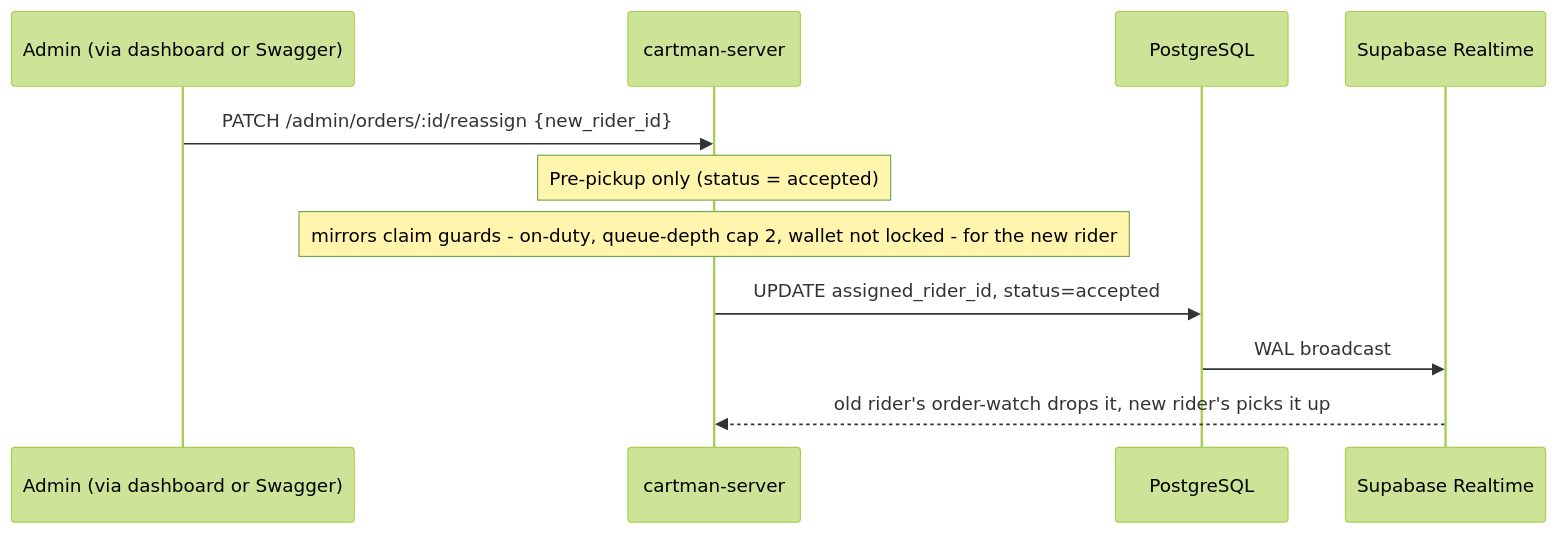
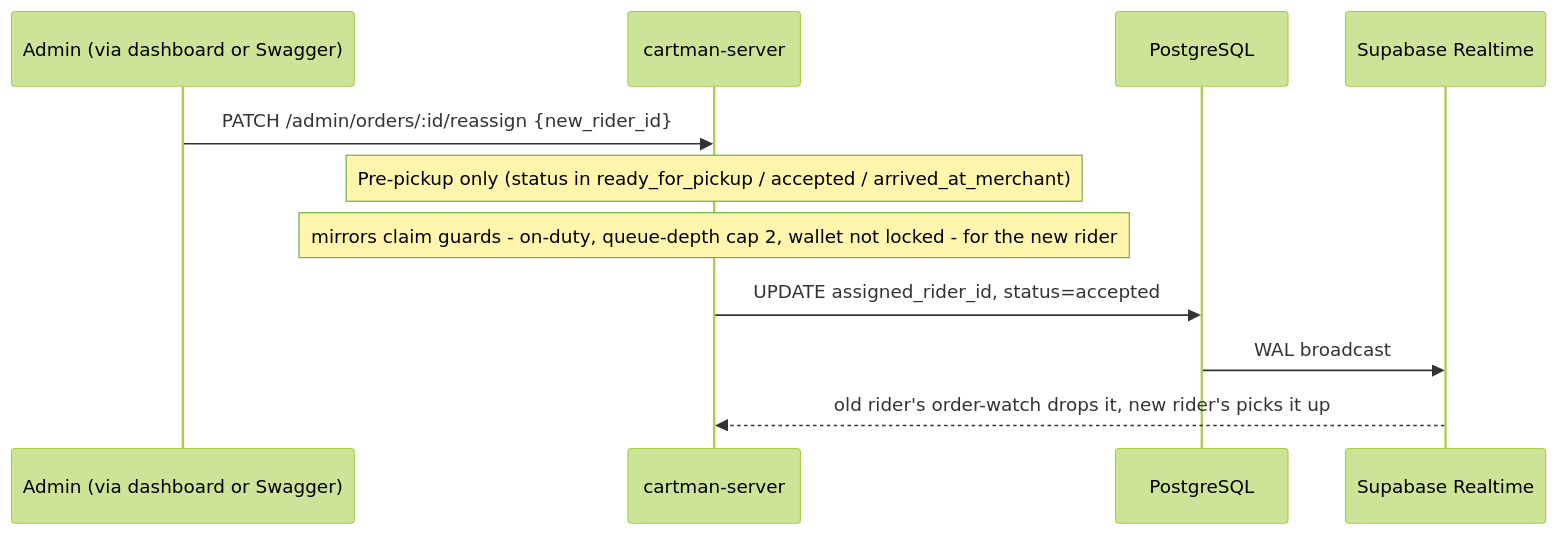
One commit to xzen-projects/cartman-ph-docs changed the tenth of 13 diagrams in docs/breakdown/flows.md. Above: the diagram before and after it, drawn with Mermaid (forest theme). The commit also changed other lines of this file and 2 other files, not shown here.

Commit message:
docs: fix admin-reassign status set, customer-cancel window, RLS admin framing
Review-found factual errors: reassign is legal from ready_for_pickup/
accepted/arrived_at_merchant (not accepted-only); customer cancel window
is pending/ready_for_pickup while unassigned (not pending/preparing);
admin table access runs through the server, not an RLS policy.

````diff
--- a/docs/breakdown/flows.md
+++ b/docs/breakdown/flows.md
@@ -280,14 +280,14 @@
 ```mermaid
 sequenceDiagram
   participant Admin as Admin (via dashboard or Swagger)
   participant Server as cartman-server
   participant DB as PostgreSQL
   participant RT as Supabase Realtime
 
   Admin->>Server: PATCH /admin/orders/:id/reassign {new_rider_id}
-  Note over Server: Pre-pickup only (status = accepted)
+  Note over Server: Pre-pickup only (status in ready_for_pickup / accepted / arrived_at_merchant)
   Note over Server: mirrors claim guards - on-duty, queue-depth cap 2, wallet not locked - for the new rider
   Server->>DB: UPDATE assigned_rider_id, status=accepted
   DB->>RT: WAL broadcast
   RT-->>Server: old rider's order-watch drops it, new rider's picks it up
 ```
````
